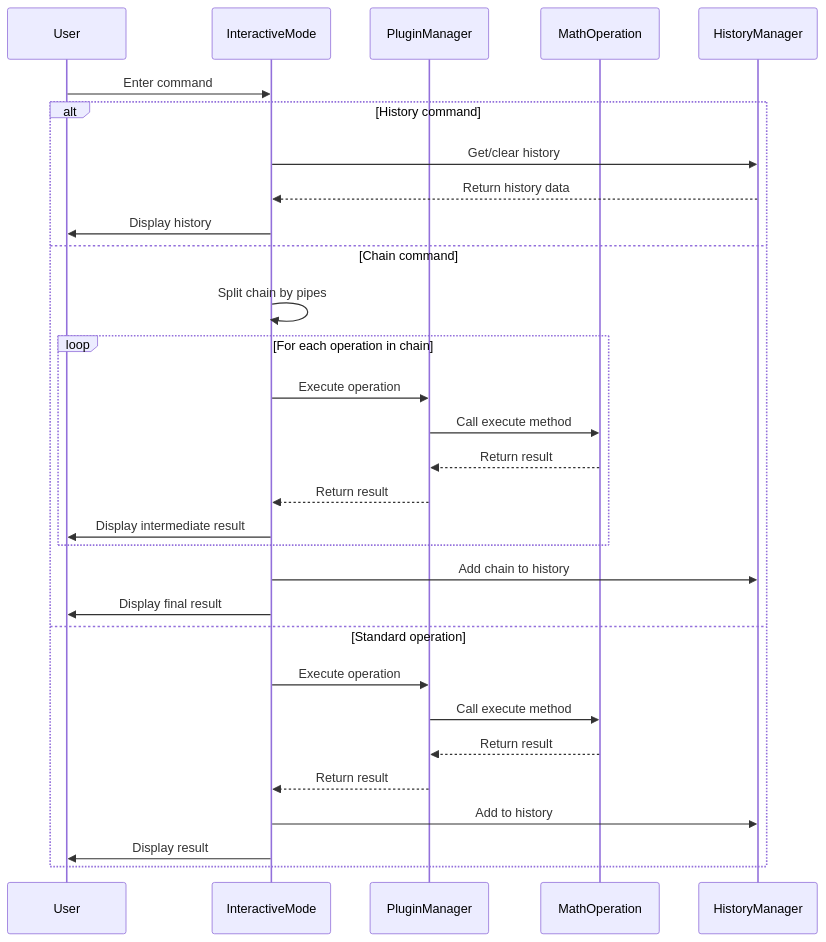
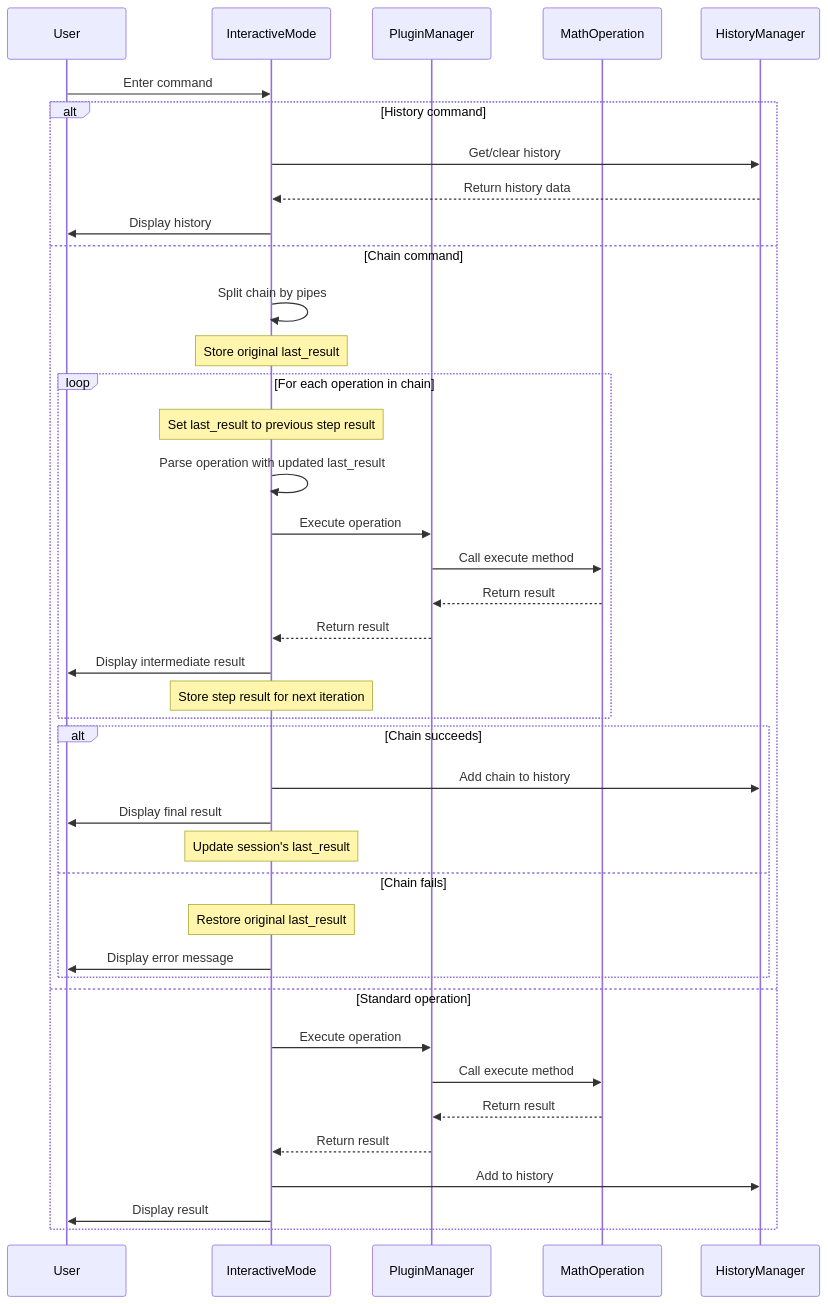
One commit to Schaafd/math_cli changed the diagram in docs/command-execution.md. Above: the diagram before and after it, drawn with Mermaid. The commit also changed other lines of this file and 3 other files, not shown here.

Commit message:
Fixed a bug that prevented users from using the previous result within chain commands.

````diff
--- a/docs/command-execution.md
+++ b/docs/command-execution.md
@@ -5,34 +5,44 @@
 ```mermaid
 sequenceDiagram
     participant User
     participant InteractiveMode
     participant PluginManager
     participant MathOperation
     participant HistoryManager
 
     User->>InteractiveMode: Enter command
 
     alt History command
         InteractiveMode->>HistoryManager: Get/clear history
         HistoryManager-->>InteractiveMode: Return history data
         InteractiveMode->>User: Display history
     else Chain command
         InteractiveMode->>InteractiveMode: Split chain by pipes
+        Note over InteractiveMode: Store original last_result
         loop For each operation in chain
+            Note over InteractiveMode: Set last_result to previous step result
+            InteractiveMode->>InteractiveMode: Parse operation with updated last_result
             InteractiveMode->>PluginManager: Execute operation
             PluginManager->>MathOperation: Call execute method
             MathOperation-->>PluginManager: Return result
             PluginManager-->>InteractiveMode: Return result
             InteractiveMode->>User: Display intermediate result
+            Note over InteractiveMode: Store step result for next iteration
         end
-        InteractiveMode->>HistoryManager: Add chain to history
-        InteractiveMode->>User: Display final result
+        alt Chain succeeds
+            InteractiveMode->>HistoryManager: Add chain to history
+            InteractiveMode->>User: Display final result
+            Note over InteractiveMode: Update session's last_result
+        else Chain fails
+            Note over InteractiveMode: Restore original last_result
+            InteractiveMode->>User: Display error message
+        end
     else Standard operation
         InteractiveMode->>PluginManager: Execute operation
         PluginManager->>MathOperation: Call execute method
         MathOperation-->>PluginManager: Return result
         PluginManager-->>InteractiveMode: Return result
         InteractiveMode->>HistoryManager: Add to history
         InteractiveMode->>User: Display result
     end
 ```
````
